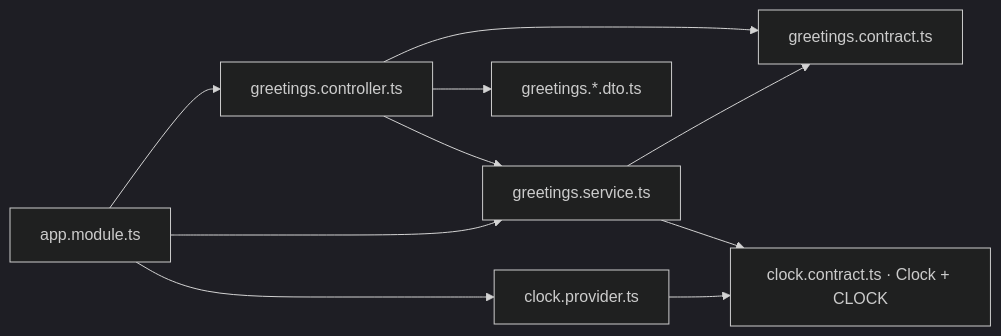
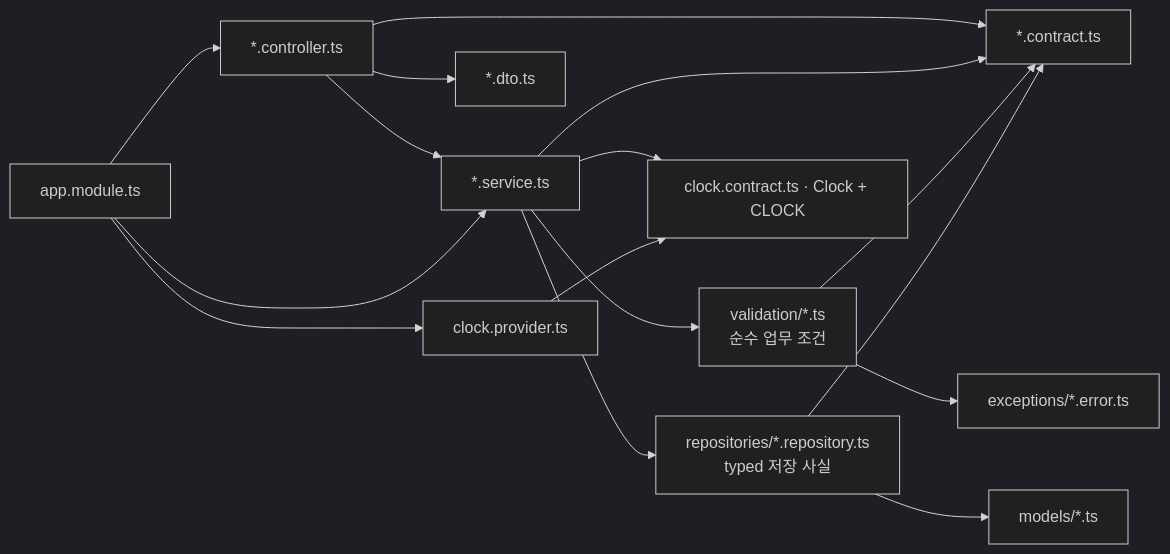
One commit to Dae-Jeong/BackendTemplate changed the second of 3 diagrams in design/implementations/nestjs-structure.md. Above: the diagram before and after it, drawn with Mermaid (dark theme). The commit also changed other lines of this file and 7 other files, not shown here.

Commit message:
refactor(nestjs): separate reservation validation from repository facts

````diff
--- a/design/implementations/nestjs-structure.md
+++ b/design/implementations/nestjs-structure.md
@@ -52,12 +54,18 @@
 ```mermaid
 flowchart LR
-    CONTROLLER["greetings.controller.ts"] --> SERVICE["greetings.service.ts"]
-    CONTROLLER --> DTO["greetings.*.dto.ts"]
-    CONTROLLER --> CONTRACT["greetings.contract.ts"]
+    CONTROLLER["*.controller.ts"] --> SERVICE["*.service.ts"]
+    CONTROLLER --> DTO["*.dto.ts"]
+    CONTROLLER --> CONTRACT["*.contract.ts"]
     SERVICE --> CONTRACT
+    SERVICE --> VALIDATION["validation/*.ts<br/>순수 업무 조건"]
+    SERVICE --> REPOSITORY["repositories/*.repository.ts<br/>typed 저장 사실"]
+    VALIDATION --> CONTRACT
+    VALIDATION --> ERROR["exceptions/*.error.ts"]
+    REPOSITORY --> CONTRACT
+    REPOSITORY --> MODEL["models/*.ts"]
     SERVICE --> CLOCK["clock.contract.ts · Clock + CLOCK"]
     PROVIDER["clock.provider.ts"] --> CLOCK
     MODULE["app.module.ts"] --> PROVIDER
     MODULE --> SERVICE
     MODULE --> CONTROLLER
 ```
````
